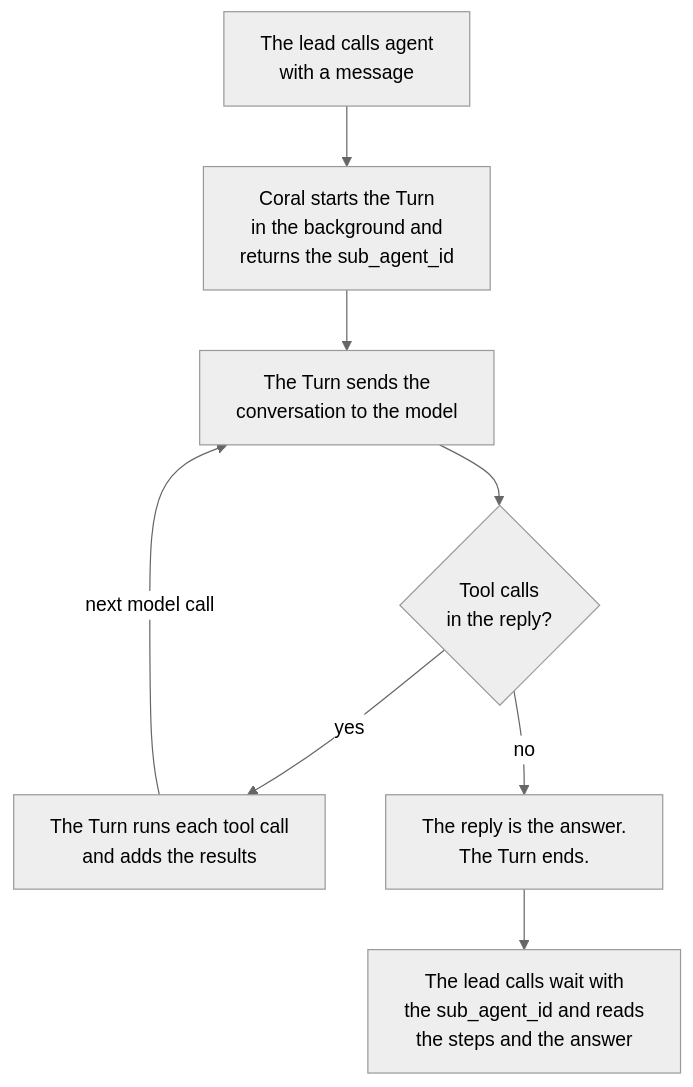
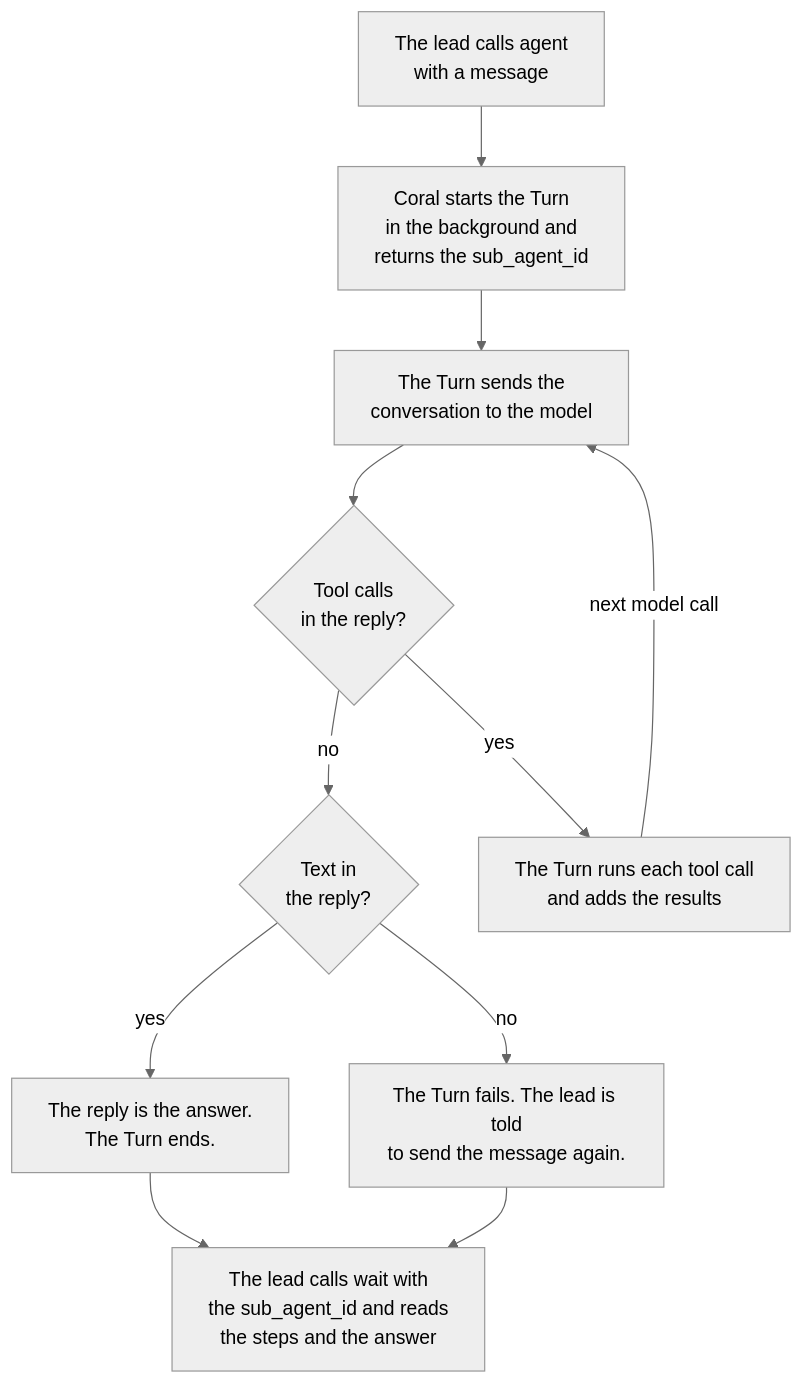
The fifth of 5 diagrams in docs/adr/0040-a-sub-agent-does-data-work-for-the-agent-that-calls-it.md (withcoral/coral), drawn with Mermaid (neutral theme) before and after one commit. The commit also changed other lines of this file, not shown here.

Commit message:
docs(sub-agent): say how a Turn notices that its Task is gone, and show that an empty reply fails
The steps and the flowchart said that any reply without a tool call is
the answer, while the table said that an empty reply fails the Turn.

````diff
--- a/docs/adr/0040-a-sub-agent-does-data-work-for-the-agent-that-calls-it.md
+++ b/docs/adr/0040-a-sub-agent-does-data-work-for-the-agent-that-calls-it.md
@@ -594,14 +594,18 @@
 ```mermaid
 flowchart TD
     ask["The lead calls agent<br/>with a message"]
     start["Coral starts the Turn<br/>in the background and<br/>returns the sub_agent_id"]
     send["The Turn sends the<br/>conversation to the model"]
     tools{"Tool calls<br/>in the reply?"}
+    text{"Text in<br/>the reply?"}
     run["The Turn runs each tool call<br/>and adds the results"]
     answer["The reply is the answer.<br/>The Turn ends."]
+    failed["The Turn fails. The lead is told<br/>to send the message again."]
     wait["The lead calls wait with<br/>the sub_agent_id and reads<br/>the steps and the answer"]
     ask --> start --> send --> tools
     tools -- yes --> run
     run -- next model call --> send
-    tools -- no --> answer --> wait
+    tools -- no --> text
+    text -- yes --> answer --> wait
+    text -- no --> failed --> wait
 ```
````
